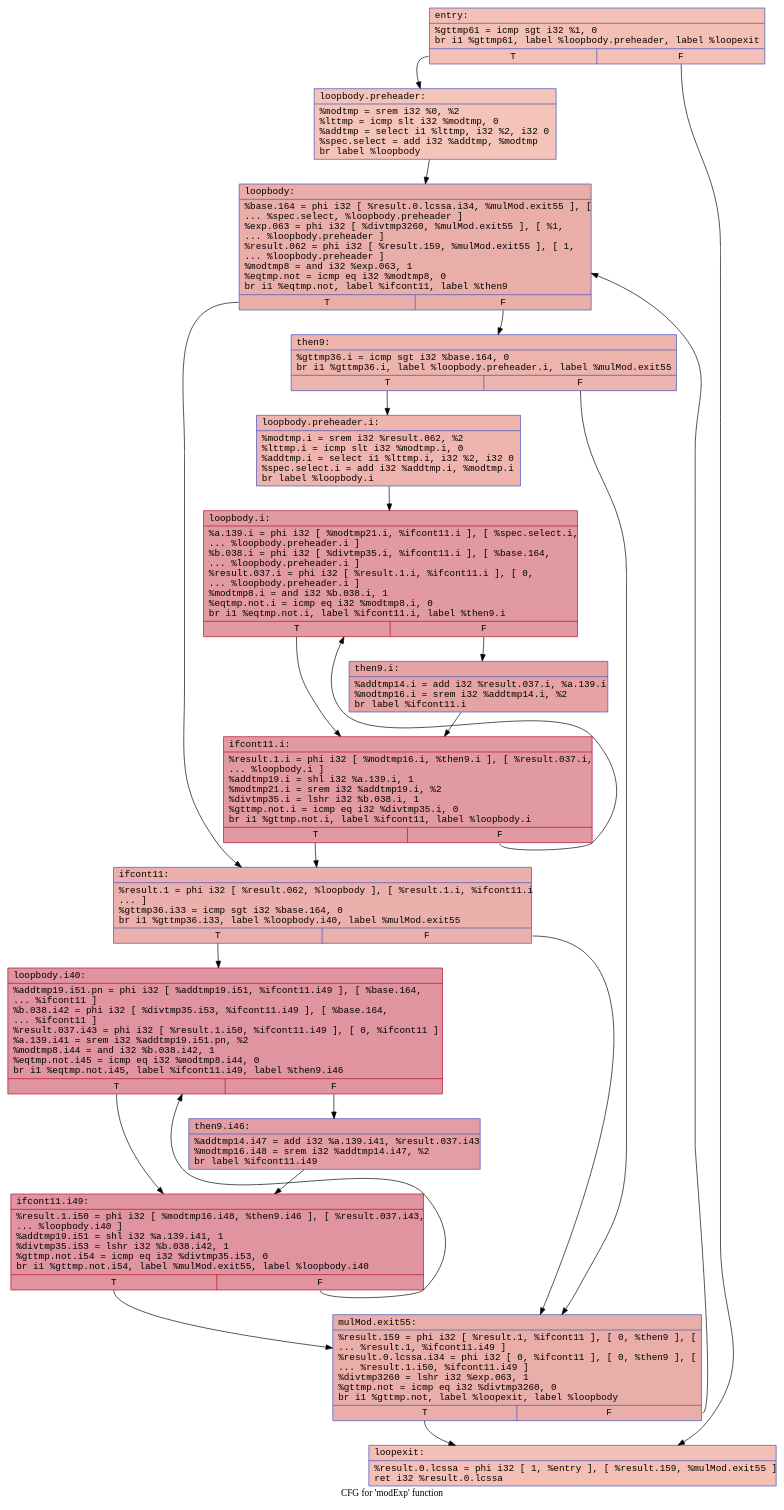
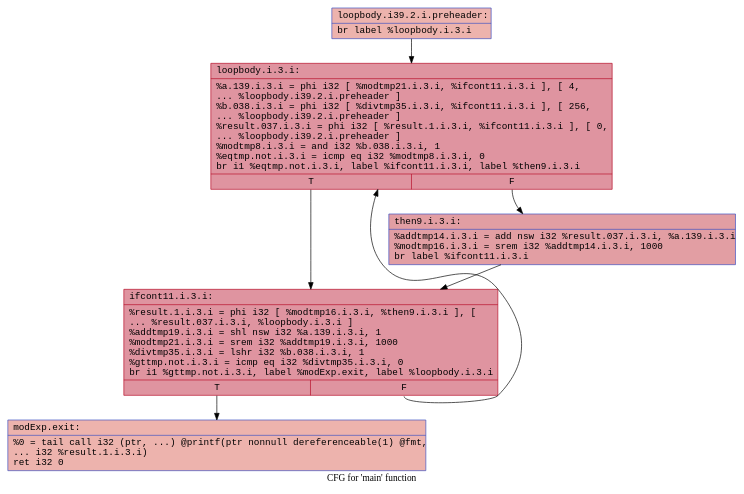
Before and after one commit to twanman1412/blueprintScript: the fourth of 4 diagrams in examples/mod_exp/mod_exp.md, drawn with Graphviz. The commit also changed other lines of this file and 58 other files, not shown here.

````diff
--- a/examples/mod_exp/mod_exp.md
+++ b/examples/mod_exp/mod_exp.md
@@ -103,42 +108,17 @@
 ```dot
-digraph "CFG for 'modExp' function" {
-	label="CFG for 'modExp' function";
+digraph "CFG for 'main' function" {
+	label="CFG for 'main' function";
 
-	Node0x562cafc80c80 [shape=record,color="#3d50c3ff", style=filled, fillcolor="#e5705870", fontname="Courier",label="{entry:\l|  %gttmp61 = icmp sgt i32 %1, 0\l  br i1 %gttmp61, label %loopbody.preheader, label %loopexit\l|{<s0>T|<s1>F}}"];
-	Node0x562cafc80c80:s0 -> Node0x562cafc80950;
-	Node0x562cafc80c80:s1 -> Node0x562cafc81a80;
-	Node0x562cafc80950 [shape=record,color="#3d50c3ff", style=filled, fillcolor="#e97a5f70", fontname="Courier",label="{loopbody.preheader:\l|  %modtmp = srem i32 %0, %2\l  %lttmp = icmp slt i32 %modtmp, 0\l  %addtmp = select i1 %lttmp, i32 %2, i32 0\l  %spec.select = add i32 %addtmp, %modtmp\l  br label %loopbody\l}"];
-	Node0x562cafc80950 -> Node0x562cafc80e20;
-	Node0x562cafc80e20 [shape=record,color="#3d50c3ff", style=filled, fillcolor="#d0473d70", fontname="Courier",label="{loopbody:\l|  %base.164 = phi i32 [ %result.0.lcssa.i34, %mulMod.exit55 ], [\l... %spec.select, %loopbody.preheader ]\l  %exp.063 = phi i32 [ %divtmp3260, %mulMod.exit55 ], [ %1,\l... %loopbody.preheader ]\l  %result.062 = phi i32 [ %result.159, %mulMod.exit55 ], [ 1,\l... %loopbody.preheader ]\l  %modtmp8 = and i32 %exp.063, 1\l  %eqtmp.not = icmp eq i32 %modtmp8, 0\l  br i1 %eqtmp.not, label %ifcont11, label %then9\l|{<s0>T|<s1>F}}"];
-	Node0x562cafc80e20:s0 -> Node0x562cafc826d0;
-	Node0x562cafc80e20:s1 -> Node0x562cafc827c0;
-	Node0x562cafc81a80 [shape=record,color="#3d50c3ff", style=filled, fillcolor="#e5705870", fontname="Courier",label="{loopexit:\l|  %result.0.lcssa = phi i32 [ 1, %entry ], [ %result.159, %mulMod.exit55 ]\l  ret i32 %result.0.lcssa\l}"];
-	Node0x562cafc827c0 [shape=record,color="#3d50c3ff", style=filled, fillcolor="#d6524470", fontname="Courier",label="{then9:\l|  %gttmp36.i = icmp sgt i32 %base.164, 0\l  br i1 %gttmp36.i, label %loopbody.preheader.i, label %mulMod.exit55\l|{<s0>T|<s1>F}}"];
-	Node0x562cafc827c0:s0 -> Node0x562cafc82840;
-	Node0x562cafc827c0:s1 -> Node0x562cafc81ec0;
-	Node0x562cafc82840 [shape=record,color="#3d50c3ff", style=filled, fillcolor="#d8564670", fontname="Courier",label="{loopbody.preheader.i:\l|  %modtmp.i = srem i32 %result.062, %2\l  %lttmp.i = icmp slt i32 %modtmp.i, 0\l  %addtmp.i = select i1 %lttmp.i, i32 %2, i32 0\l  %spec.select.i = add i32 %addtmp.i, %modtmp.i\l  br label %loopbody.i\l}"];
-	Node0x562cafc82840 -> Node0x562cafc83380;
-	Node0x562cafc83380 [shape=record,color="#b70d28ff", style=filled, fillcolor="#bb1b2c70", fontname="Courier",label="{loopbody.i:\l|  %a.139.i = phi i32 [ %modtmp21.i, %ifcont11.i ], [ %spec.select.i,\l... %loopbody.preheader.i ]\l  %b.038.i = phi i32 [ %divtmp35.i, %ifcont11.i ], [ %base.164,\l... %loopbody.preheader.i ]\l  %result.037.i = phi i32 [ %result.1.i, %ifcont11.i ], [ 0,\l... %loopbody.preheader.i ]\l  %modtmp8.i = and i32 %b.038.i, 1\l  %eqtmp.not.i = icmp eq i32 %modtmp8.i, 0\l  br i1 %eqtmp.not.i, label %ifcont11.i, label %then9.i\l|{<s0>T|<s1>F}}"];
-	Node0x562cafc83380:s0 -> Node0x562cafc83bf0;
-	Node0x562cafc83380:s1 -> Node0x562cafc84290;
-	Node0x562cafc84290 [shape=record,color="#3d50c3ff", style=filled, fillcolor="#c32e3170", fontname="Courier",label="{then9.i:\l|  %addtmp14.i = add i32 %result.037.i, %a.139.i\l  %modtmp16.i = srem i32 %addtmp14.i, %2\l  br label %ifcont11.i\l}"];
-	Node0x562cafc84290 -> Node0x562cafc83bf0;
-	Node0x562cafc83bf0 [shape=record,color="#b70d28ff", style=filled, fillcolor="#bb1b2c70", fontname="Courier",label="{ifcont11.i:\l|  %result.1.i = phi i32 [ %modtmp16.i, %then9.i ], [ %result.037.i,\l... %loopbody.i ]\l  %addtmp19.i = shl i32 %a.139.i, 1\l  %modtmp21.i = srem i32 %addtmp19.i, %2\l  %divtmp35.i = lshr i32 %b.038.i, 1\l  %gttmp.not.i = icmp eq i32 %divtmp35.i, 0\l  br i1 %gttmp.not.i, label %ifcont11, label %loopbody.i\l|{<s0>T|<s1>F}}"];
-	Node0x562cafc83bf0:s0 -> Node0x562cafc826d0;
-	Node0x562cafc83bf0:s1 -> Node0x562cafc83380;
-	Node0x562cafc826d0 [shape=record,color="#3d50c3ff", style=filled, fillcolor="#d24b4070", fontname="Courier",label="{ifcont11:\l|  %result.1 = phi i32 [ %result.062, %loopbody ], [ %result.1.i, %ifcont11.i\l... ]\l  %gttmp36.i33 = icmp sgt i32 %base.164, 0\l  br i1 %gttmp36.i33, label %loopbody.i40, label %mulMod.exit55\l|{<s0>T|<s1>F}}"];
-	Node0x562cafc826d0:s0 -> Node0x562cafc83af0;
-	Node0x562cafc826d0:s1 -> Node0x562cafc81ec0;
-	Node0x562cafc83af0 [shape=record,color="#b70d28ff", style=filled, fillcolor="#b70d2870", fontname="Courier",label="{loopbody.i40:\l|  %addtmp19.i51.pn = phi i32 [ %addtmp19.i51, %ifcont11.i49 ], [ %base.164,\l... %ifcont11 ]\l  %b.038.i42 = phi i32 [ %divtmp35.i53, %ifcont11.i49 ], [ %base.164,\l... %ifcont11 ]\l  %result.037.i43 = phi i32 [ %result.1.i50, %ifcont11.i49 ], [ 0, %ifcont11 ]\l  %a.139.i41 = srem i32 %addtmp19.i51.pn, %2\l  %modtmp8.i44 = and i32 %b.038.i42, 1\l  %eqtmp.not.i45 = icmp eq i32 %modtmp8.i44, 0\l  br i1 %eqtmp.not.i45, label %ifcont11.i49, label %then9.i46\l|{<s0>T|<s1>F}}"];
-	Node0x562cafc83af0:s0 -> Node0x562cafc84b00;
-	Node0x562cafc83af0:s1 -> Node0x562cafc858a0;
-	Node0x562cafc858a0 [shape=record,color="#3d50c3ff", style=filled, fillcolor="#be242e70", fontname="Courier",label="{then9.i46:\l|  %addtmp14.i47 = add i32 %a.139.i41, %result.037.i43\l  %modtmp16.i48 = srem i32 %addtmp14.i47, %2\l  br label %ifcont11.i49\l}"];
-	Node0x562cafc858a0 -> Node0x562cafc84b00;
-	Node0x562cafc84b00 [shape=record,color="#b70d28ff", style=filled, fillcolor="#b70d2870", fontname="Courier",label="{ifcont11.i49:\l|  %result.1.i50 = phi i32 [ %modtmp16.i48, %then9.i46 ], [ %result.037.i43,\l... %loopbody.i40 ]\l  %addtmp19.i51 = shl i32 %a.139.i41, 1\l  %divtmp35.i53 = lshr i32 %b.038.i42, 1\l  %gttmp.not.i54 = icmp eq i32 %divtmp35.i53, 0\l  br i1 %gttmp.not.i54, label %mulMod.exit55, label %loopbody.i40\l|{<s0>T|<s1>F}}"];
-	Node0x562cafc84b00:s0 -> Node0x562cafc81ec0;
-	Node0x562cafc84b00:s1 -> Node0x562cafc83af0;
-	Node0x562cafc81ec0 [shape=record,color="#3d50c3ff", style=filled, fillcolor="#d0473d70", fontname="Courier",label="{mulMod.exit55:\l|  %result.159 = phi i32 [ %result.1, %ifcont11 ], [ 0, %then9 ], [\l... %result.1, %ifcont11.i49 ]\l  %result.0.lcssa.i34 = phi i32 [ 0, %ifcont11 ], [ 0, %then9 ], [\l... %result.1.i50, %ifcont11.i49 ]\l  %divtmp3260 = lshr i32 %exp.063, 1\l  %gttmp.not = icmp eq i32 %divtmp3260, 0\l  br i1 %gttmp.not, label %loopexit, label %loopbody\l|{<s0>T|<s1>F}}"];
-	Node0x562cafc81ec0:s0 -> Node0x562cafc81a80;
-	Node0x562cafc81ec0:s1 -> Node0x562cafc80e20;
+	Node0x562ffa941320 [shape=record,color="#3d50c3ff", style=filled, fillcolor="#d6524470", fontname="Courier",label="{loopbody.i39.2.i.preheader:\l|  br label %loopbody.i.3.i\l}"];
+	Node0x562ffa941320 -> Node0x562ffa9413e0;
+	Node0x562ffa9413e0 [shape=record,color="#b70d28ff", style=filled, fillcolor="#b70d2870", fontname="Courier",label="{loopbody.i.3.i:\l|  %a.139.i.3.i = phi i32 [ %modtmp21.i.3.i, %ifcont11.i.3.i ], [ 4,\l... %loopbody.i39.2.i.preheader ]\l  %b.038.i.3.i = phi i32 [ %divtmp35.i.3.i, %ifcont11.i.3.i ], [ 256,\l... %loopbody.i39.2.i.preheader ]\l  %result.037.i.3.i = phi i32 [ %result.1.i.3.i, %ifcont11.i.3.i ], [ 0,\l... %loopbody.i39.2.i.preheader ]\l  %modtmp8.i.3.i = and i32 %b.038.i.3.i, 1\l  %eqtmp.not.i.3.i = icmp eq i32 %modtmp8.i.3.i, 0\l  br i1 %eqtmp.not.i.3.i, label %ifcont11.i.3.i, label %then9.i.3.i\l|{<s0>T|<s1>F}}"];
+	Node0x562ffa9413e0:s0 -> Node0x562ffa943370;
+	Node0x562ffa9413e0:s1 -> Node0x562ffa944860;
+	Node0x562ffa944860 [shape=record,color="#3d50c3ff", style=filled, fillcolor="#be242e70", fontname="Courier",label="{then9.i.3.i:\l|  %addtmp14.i.3.i = add nsw i32 %result.037.i.3.i, %a.139.i.3.i\l  %modtmp16.i.3.i = srem i32 %addtmp14.i.3.i, 1000\l  br label %ifcont11.i.3.i\l}"];
+	Node0x562ffa944860 -> Node0x562ffa943370;
+	Node0x562ffa943370 [shape=record,color="#b70d28ff", style=filled, fillcolor="#b70d2870", fontname="Courier",label="{ifcont11.i.3.i:\l|  %result.1.i.3.i = phi i32 [ %modtmp16.i.3.i, %then9.i.3.i ], [\l... %result.037.i.3.i, %loopbody.i.3.i ]\l  %addtmp19.i.3.i = shl nsw i32 %a.139.i.3.i, 1\l  %modtmp21.i.3.i = srem i32 %addtmp19.i.3.i, 1000\l  %divtmp35.i.3.i = lshr i32 %b.038.i.3.i, 1\l  %gttmp.not.i.3.i = icmp eq i32 %divtmp35.i.3.i, 0\l  br i1 %gttmp.not.i.3.i, label %modExp.exit, label %loopbody.i.3.i\l|{<s0>T|<s1>F}}"];
+	Node0x562ffa943370:s0 -> Node0x562ffa943bf0;
+	Node0x562ffa943370:s1 -> Node0x562ffa9413e0;
+	Node0x562ffa943bf0 [shape=record,color="#3d50c3ff", style=filled, fillcolor="#d6524470", fontname="Courier",label="{modExp.exit:\l|  %0 = tail call i32 (ptr, ...) @printf(ptr nonnull dereferenceable(1) @fmt,\l... i32 %result.1.i.3.i)\l  ret i32 0\l}"];
 }
 ```
````
